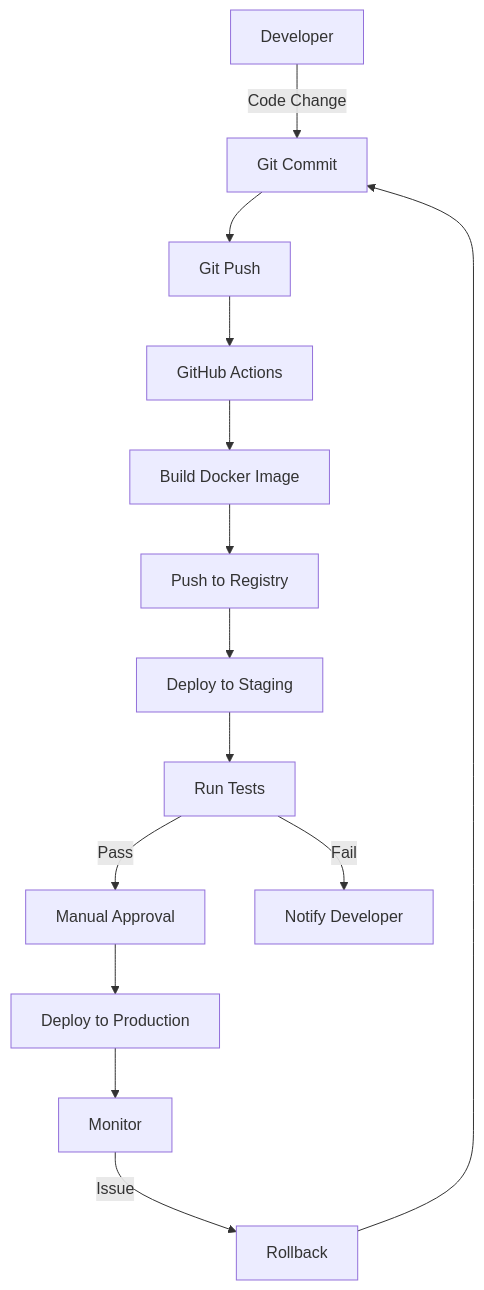
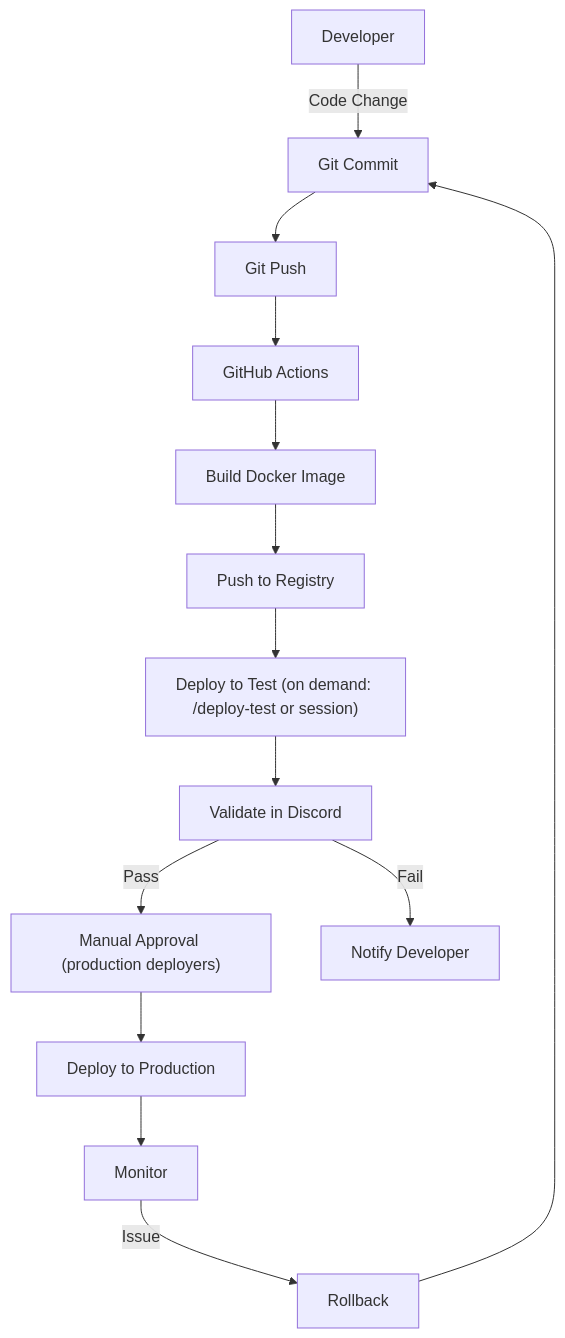
The diagram in docs/DECISIONS/007-gitops-deployment.md (merlin-pinpin-org/kingdoms), drawn with Mermaid before and after one commit. The commit also changed other lines of this file and 6 other files, not shown here.

````diff
--- a/docs/DECISIONS/007-gitops-deployment.md
+++ b/docs/DECISIONS/007-gitops-deployment.md
@@ -66,16 +71,16 @@
 ```mermaid
 flowchart TD
     A["Developer"] -->|"Code Change"| B["Git Commit"]
     B --> C["Git Push"]
     C --> D["GitHub Actions"]
     D --> E["Build Docker Image"]
     E --> F["Push to Registry"]
-    F --> G["Deploy to Staging"]
-    G --> H["Run Tests"]
-    H -->|"Pass"| I["Manual Approval"]
+    F --> G["Deploy to Test (on demand: /deploy-test or session)"]
+    G --> H["Validate in Discord"]
+    H -->|"Pass"| I["Manual Approval (production deployers)"]
     I --> J["Deploy to Production"]
     H -->|"Fail"| K["Notify Developer"]
     J --> L["Monitor"]
     L -->|"Issue"| M["Rollback"]
     M --> B
 ```
````
